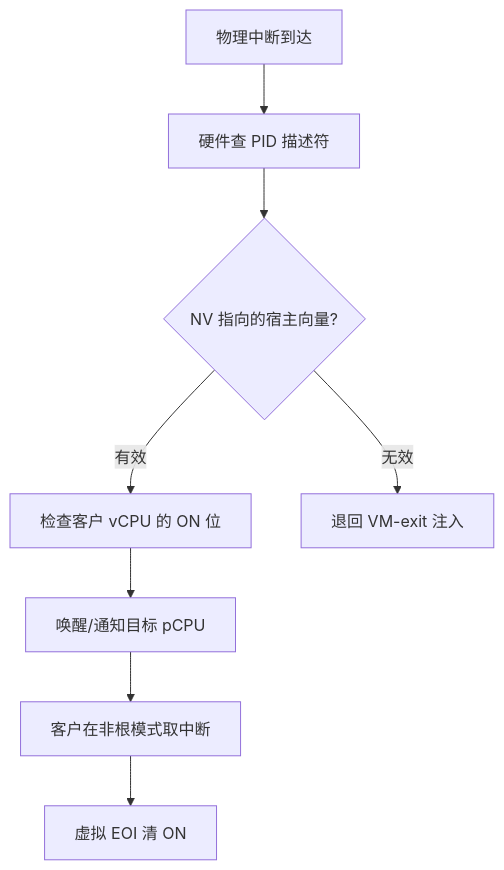
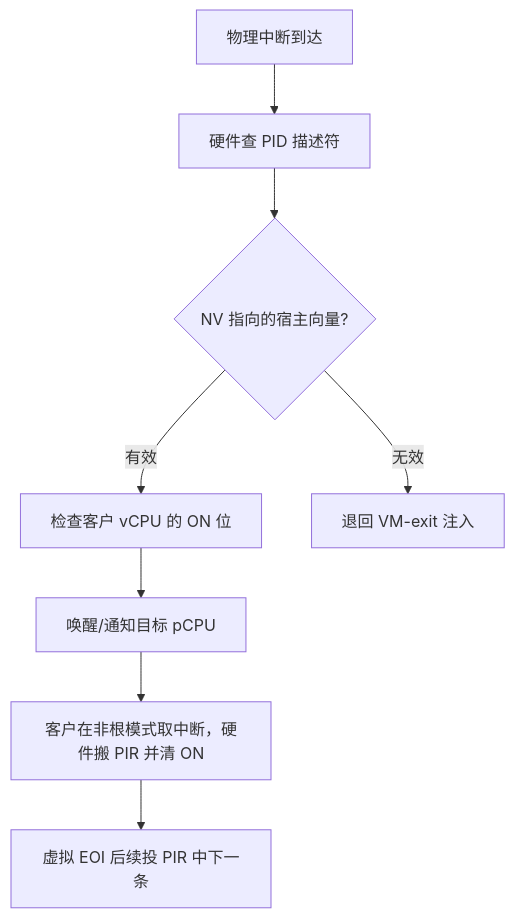
One commit to xhongduo-tech/xhongduo-tech.github.io changed the second of 2 diagrams in docs/cs/interrupt-virtualization.md. Above: the diagram before and after it, drawn with Mermaid. The commit also changed 2 other files, not shown here.

Commit message:
Content review cs-294: the two-level walk flattens to six accesses on two-megabyte pages and four on one-gigabyte rather than jumping straight to four, posted-interrupt hardware clears the outstanding-notification bit during delivery while the virtual EOI re-injects what still waits in PIR, and precopy loses its transposed vowel.

````diff
--- a/docs/cs/interrupt-virtualization.md
+++ b/docs/cs/interrupt-virtualization.md
@@ -41,10 +41,10 @@
 ```mermaid
 flowchart TD
   IRQ["物理中断到达"] --> P["硬件查 PID 描述符"]
   P --> NV{"NV 指向的宿主向量?"}
   NV -->|"有效"| WFS["检查客户 vCPU 的 ON 位"]
   WFS --> WAK["唤醒/通知目标 pCPU"]
-  WAK --> G["客户在非根模式取中断"]
+  WAK --> G["客户在非根模式取中断，硬件搬 PIR 并清 ON"]
   NV -->|"无效"| EXIT["退回 VM-exit 注入"]
-  G --> EOI["虚拟 EOI 清 ON"]
+  G --> EOI["虚拟 EOI 后续投 PIR 中下一条"]
 ```
````
